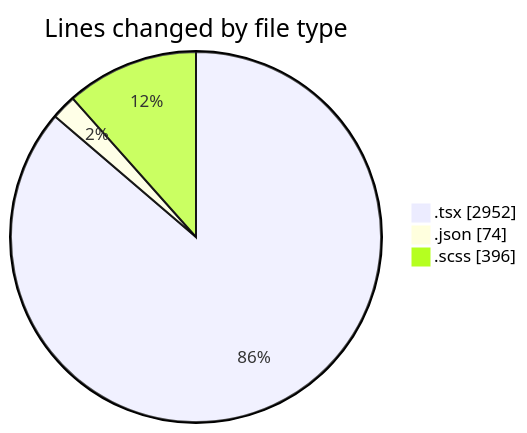
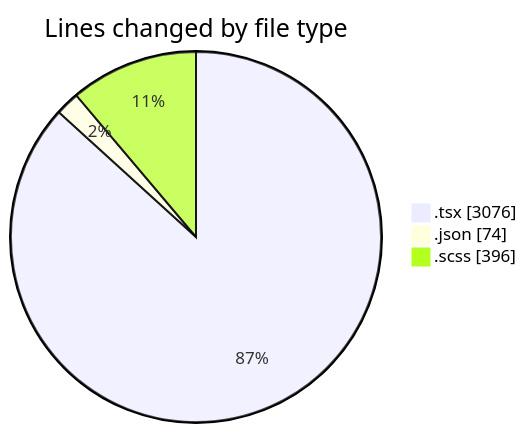
One commit to momahboobian/code-tracking changed the first of 2 diagrams in 2025-04-08/cda/README.md. Above: the diagram before and after it, drawn with Mermaid. The commit also changed other lines of this file and 1 other file, not shown here.

````diff
--- a/2025-04-08/cda/README.md
+++ b/2025-04-08/cda/README.md
@@ -29,7 +30,7 @@
 ```mermaid
 pie showData
 title Lines changed by file type
-".tsx" : 2952
+".tsx" : 3076
 ".json" : 74
 ".scss" : 396
 ```
````
